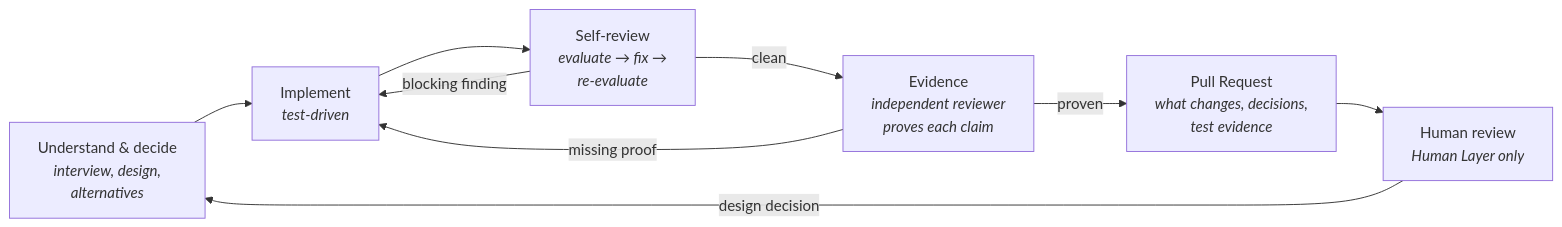
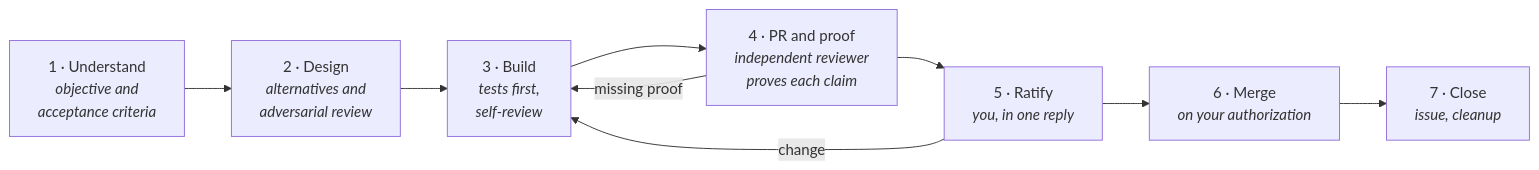
One commit to tiagoornelas/ai-skills changed the second of 2 diagrams in README.md. Above: the diagram before and after it, drawn with Mermaid. The commit also changed other lines of this file and 18 other files, not shown here.

````diff
--- a/README.md
+++ b/README.md
@@ -51,11 +53,11 @@
 ```mermaid
 graph LR
-  D["Understand & decide<br/><i>interview, design,<br/>alternatives</i>"] --> I["Implement<br/><i>test-driven</i>"]
-  I --> S["Self-review<br/><i>evaluate → fix →<br/>re-evaluate</i>"]
-  S -- "blocking finding" --> I
-  S -- "clean" --> E["Evidence<br/><i>independent reviewer<br/>proves each claim</i>"]
-  E -- "missing proof" --> I
-  E -- "proven" --> P["Pull Request<br/><i>what changes, decisions,<br/>test evidence</i>"]
-  P --> R["Human review<br/><i>Human Layer only</i>"]
-  R -- "design decision" --> D
+  U["1 · Understand<br/><i>objective and<br/>acceptance criteria</i>"] --> D["2 · Design<br/><i>alternatives and<br/>adversarial review</i>"]
+  D --> B["3 · Build<br/><i>tests first,<br/>self-review</i>"]
+  B --> P["4 · PR and proof<br/><i>independent reviewer<br/>proves each claim</i>"]
+  P -- "missing proof" --> B
+  P --> R["5 · Ratify<br/><i>you, in one reply</i>"]
+  R -- "change" --> B
+  R --> M["6 · Merge<br/><i>on your authorization</i>"]
+  M --> C["7 · Close<br/><i>issue, cleanup</i>"]
 ```
````
